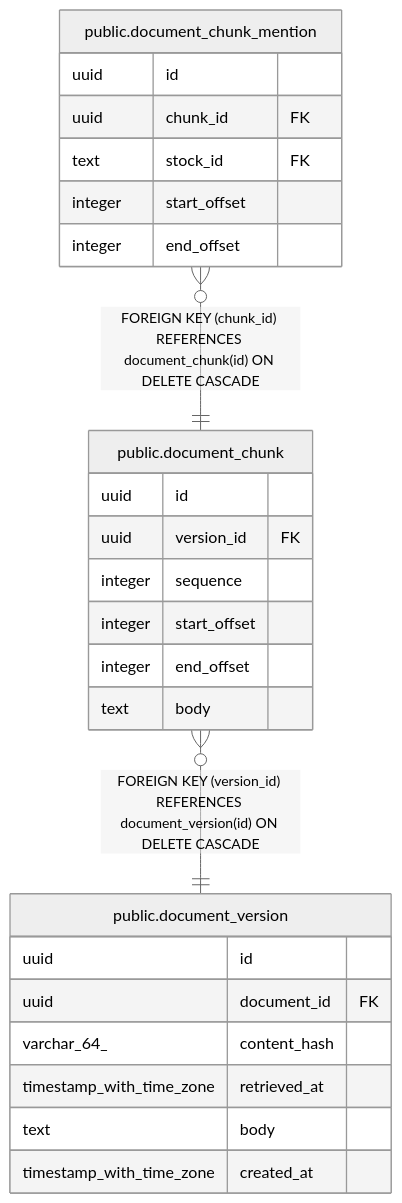
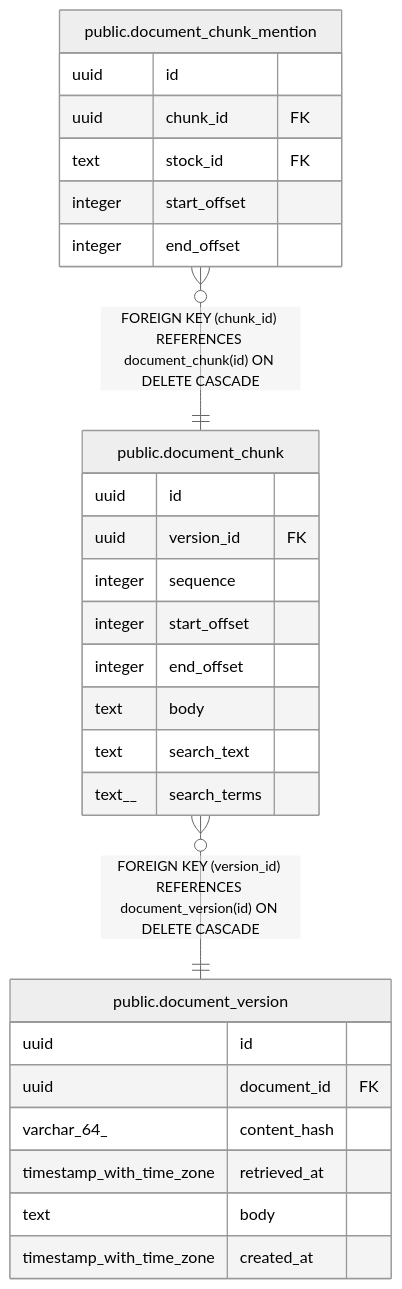
One commit to fohte/t-rader changed the diagram in backend/docs/db/public.document_chunk.md. Above: the diagram before and after it, drawn with Mermaid (neutral theme). The commit also changed other lines of this file and 20 other files, not shown here.

````diff
--- a/backend/docs/db/public.document_chunk.md
+++ b/backend/docs/db/public.document_chunk.md
@@ -43,30 +48,32 @@
 ```mermaid
 erDiagram
 
 "public.document_chunk_mention" }o--|| "public.document_chunk" : "FOREIGN KEY (chunk_id) REFERENCES document_chunk(id) ON DELETE CASCADE"
 "public.document_chunk" }o--|| "public.document_version" : "FOREIGN KEY (version_id) REFERENCES document_version(id) ON DELETE CASCADE"
 
 "public.document_chunk" {
   uuid id
   uuid version_id FK
   integer sequence
   integer start_offset
   integer end_offset
   text body
+  text search_text
+  text__ search_terms
 }
 "public.document_chunk_mention" {
   uuid id
   uuid chunk_id FK
   text stock_id FK
   integer start_offset
   integer end_offset
 }
 "public.document_version" {
   uuid id
   uuid document_id FK
   varchar_64_ content_hash
   timestamp_with_time_zone retrieved_at
   text body
   timestamp_with_time_zone created_at
 }
 ```
````
